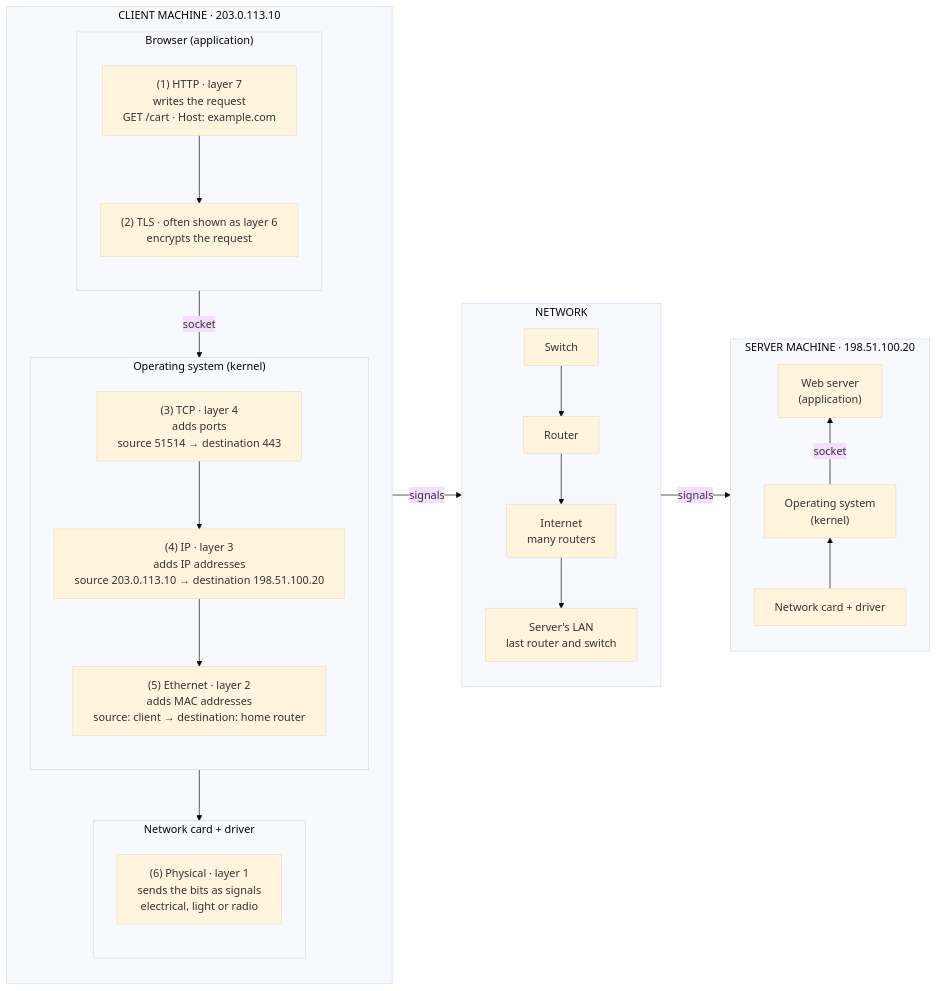
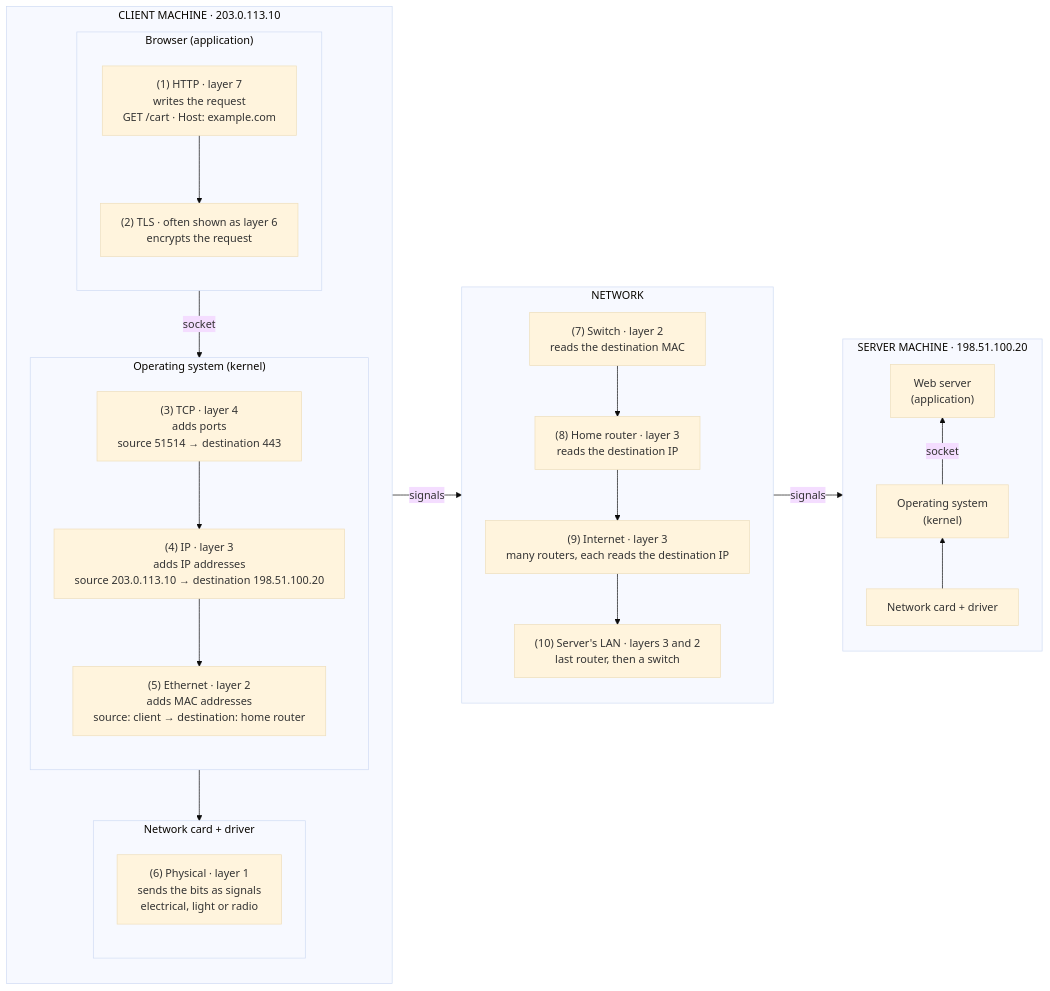
Before and after one commit to AndresLopezEsquivel/AWS: the diagram in topics/networking/networking-fundamentals/https-request-journey.md, drawn with Mermaid (base theme). The commit also changed other lines of this file, not shown here.

First line of the commit message:
docs(networking): add "Who reads what on the way" to the HTTPS request journey

````diff
--- a/topics/networking/networking-fundamentals/https-request-journey.md
+++ b/topics/networking/networking-fundamentals/https-request-journey.md
@@ -17,32 +17,32 @@
 ```mermaid
 %%{init: {"flowchart": {"wrappingWidth": 420}}}%%
 flowchart LR
     subgraph CLIENT ["CLIENT MACHINE · 203.0.113.10"]
         direction TB
         subgraph C_APP ["Browser (application)"]
             direction TB
             J1["(1) HTTP · layer 7<br/>writes the request<br/>GET /cart · Host: example.com"] --> J2["(2) TLS · often shown as layer 6<br/>encrypts the request"]
         end
         subgraph C_OS ["Operating system (kernel)"]
             direction TB
             J3["(3) TCP · layer 4<br/>adds ports<br/>source 51514 → destination 443"] --> J4["(4) IP · layer 3<br/>adds IP addresses<br/>source 203.0.113.10 → destination 198.51.100.20"] --> J5["(5) Ethernet · layer 2<br/>adds MAC addresses<br/>source: client → destination: home router"]
         end
         subgraph C_NIC ["Network card + driver"]
             direction TB
             J6["(6) Physical · layer 1<br/>sends the bits as signals<br/>electrical, light or radio"]
         end
         C_APP -- socket --> C_OS --> C_NIC
     end
 
     subgraph NET ["NETWORK"]
         direction TB
-        SW["Switch"] --> R1["Router"] --> INET["Internet<br/>many routers"] --> LAN["Server's LAN<br/>last router and switch"]
+        SW["(7) Switch · layer 2<br/>reads the destination MAC"] --> R1["(8) Home router · layer 3<br/>reads the destination IP"] --> INET["(9) Internet · layer 3<br/>many routers, each reads the destination IP"] --> LAN["(10) Server's LAN · layers 3 and 2<br/>last router, then a switch"]
     end
 
     subgraph SERVER ["SERVER MACHINE · 198.51.100.20"]
         direction BT
         S_NIC["Network card + driver"] --> S_OS["Operating system<br/>(kernel)"] -- socket --> S_APP["Web server<br/>(application)"]
     end
 
     CLIENT -- signals --> NET -- signals --> SERVER
 ```
````
